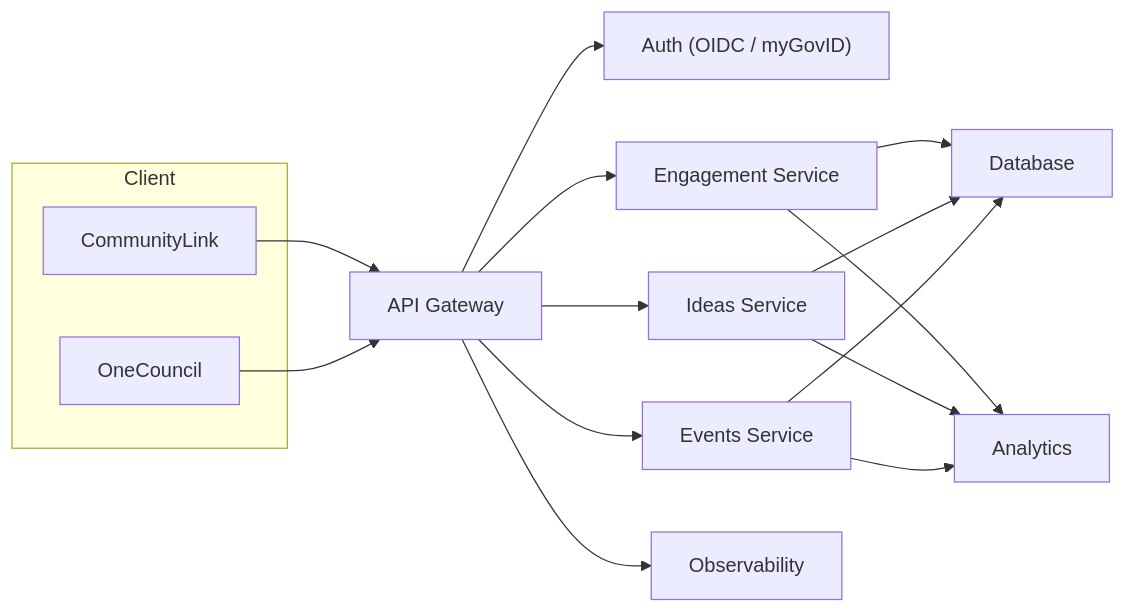
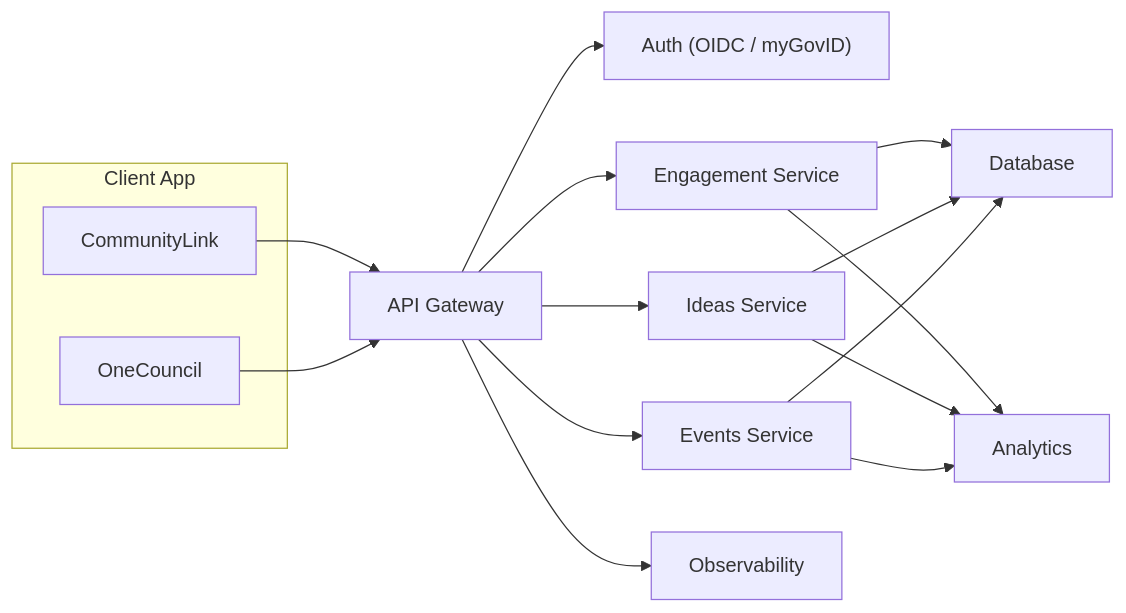
The diagram in README.md (mangeshg/communityLink), drawn with Mermaid before and after one commit.

````diff
--- a/README.md
+++ b/README.md
@@ -99,27 +99,27 @@
 ```mermaid
 flowchart LR
-  subgraph "Client"
+  subgraph "Client App"
     A["CommunityLink"]
     B["OneCouncil"]
   end
 
   A --> G["API Gateway"]
   B --> G
 
   G --> H["Auth (OIDC / myGovID)"]
 
   G --> S["Engagement Service"]
   G --> J["Ideas Service"]
   G --> K["Events Service"]
 
   S --> D["Database"]
   J --> D
   K --> D
 
   S --> M["Analytics"]
   J --> M
   K --> M
 
   G --> R["Observability"]
 
 ```
````
